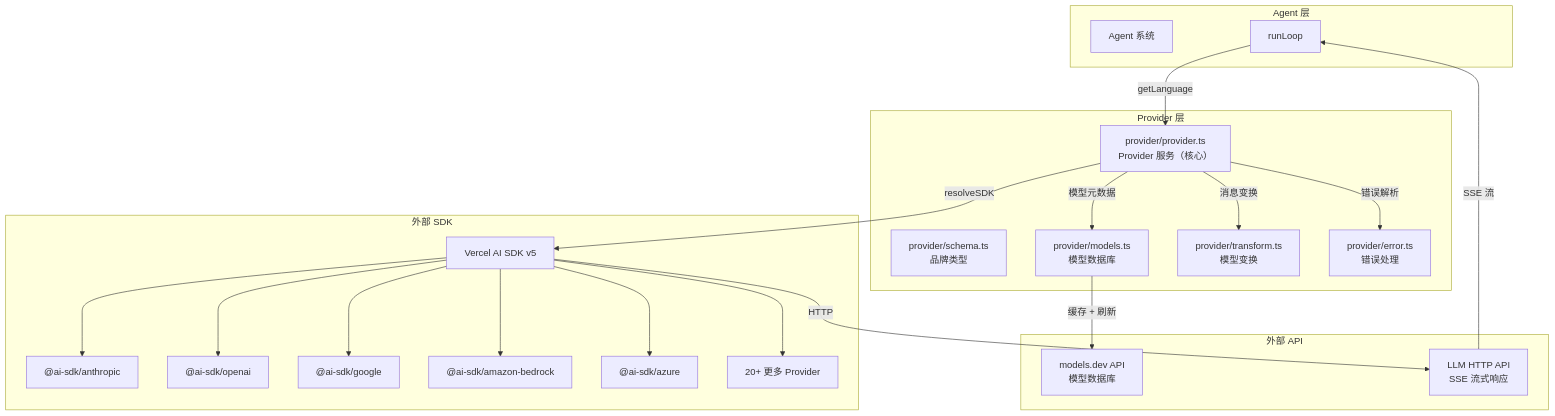
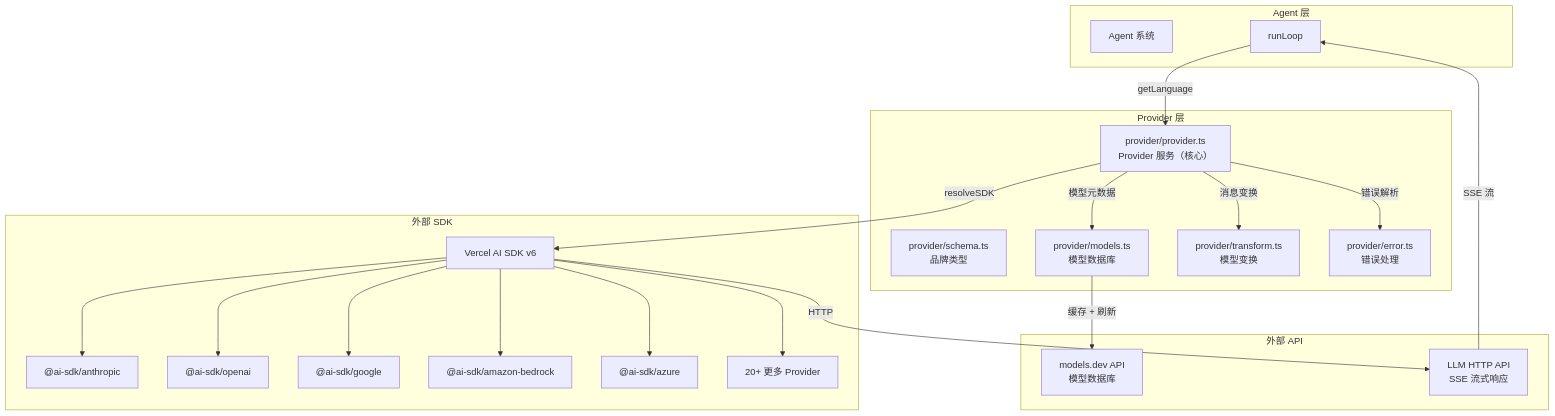
The first of 8 diagrams in opencode/docs/part-2-推理阶段/04-Provider适配与API调用.md (LeoNardo-LB/source-code-analysis), drawn with Mermaid before and after one commit. The commit also changed other lines of this file and 14 other files, not shown here.

````diff
--- a/opencode/docs/part-2-推理阶段/04-Provider适配与API调用.md
+++ b/opencode/docs/part-2-推理阶段/04-Provider适配与API调用.md
@@ -11,45 +11,45 @@
 ```mermaid
 graph TB
     subgraph Agent层["Agent 层"]
         AGENT["Agent 系统"]
         RUN_LOOP["runLoop"]
     end
 
     subgraph Provider层["Provider 层"]
         SVC["provider/provider.ts<br/>Provider 服务（核心）"]
         SCHEMA["provider/schema.ts<br/>品牌类型"]
         MODELS["provider/models.ts<br/>模型数据库"]
         TRANSFORM["provider/transform.ts<br/>模型变换"]
         ERROR["provider/error.ts<br/>错误处理"]
     end
 
     subgraph 外部["外部 SDK"]
-        AI_SDK["Vercel AI SDK v5"]
+        AI_SDK["Vercel AI SDK v6"]
         ANTHROPIC["@ai-sdk/anthropic"]
         OPENAI["@ai-sdk/openai"]
         GOOGLE["@ai-sdk/google"]
         BEDROCK["@ai-sdk/amazon-bedrock"]
         AZURE["@ai-sdk/azure"]
         MORE["20+ 更多 Provider"]
     end
 
     subgraph 外部API["外部 API"]
         MODELS_DEV["models.dev API<br/>模型数据库"]
         LLM_API["LLM HTTP API<br/>SSE 流式响应"]
     end
 
     RUN_LOOP -->|"getLanguage"| SVC
     SVC -->|"resolveSDK"| AI_SDK
     AI_SDK --> ANTHROPIC
     AI_SDK --> OPENAI
     AI_SDK --> GOOGLE
     AI_SDK --> BEDROCK
     AI_SDK --> AZURE
     AI_SDK --> MORE
     SVC -->|"模型元数据"| MODELS
     MODELS -->|"缓存 + 刷新"| MODELS_DEV
     SVC -->|"消息变换"| TRANSFORM
     SVC -->|"错误解析"| ERROR
     AI_SDK -->|"HTTP"| LLM_API
     LLM_API -->|"SSE 流"| RUN_LOOP
 ```
````
